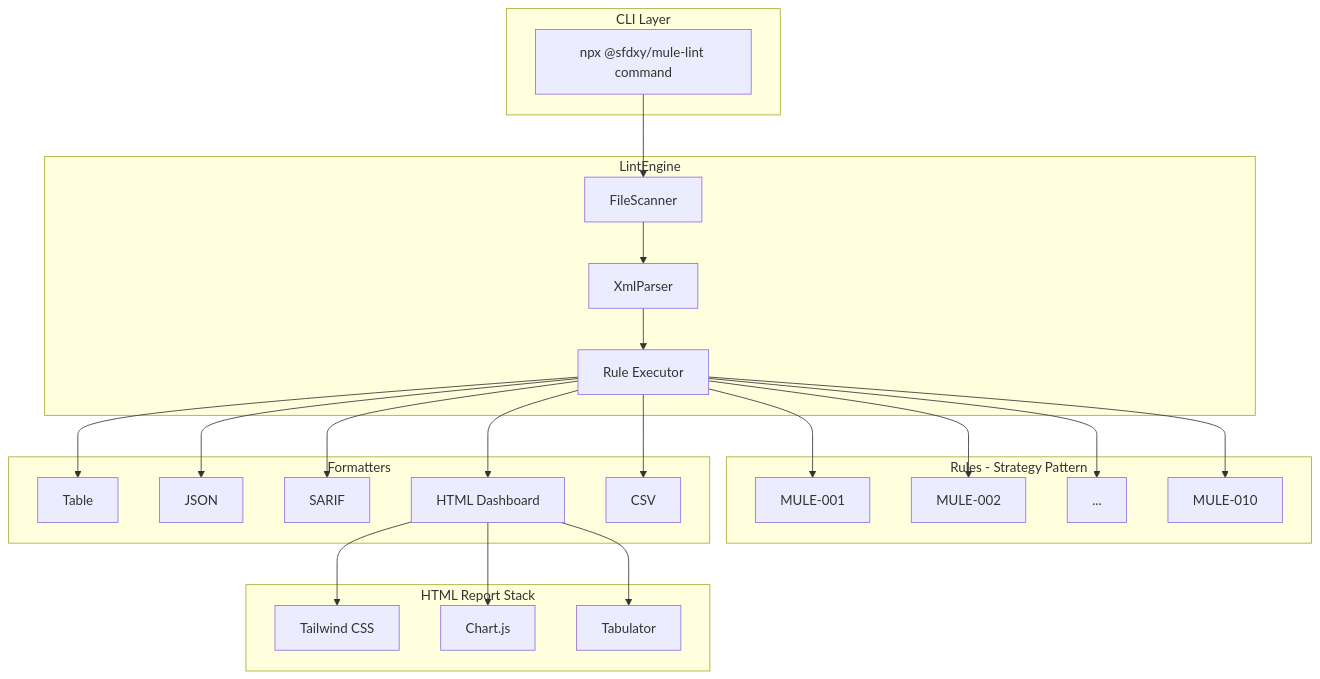
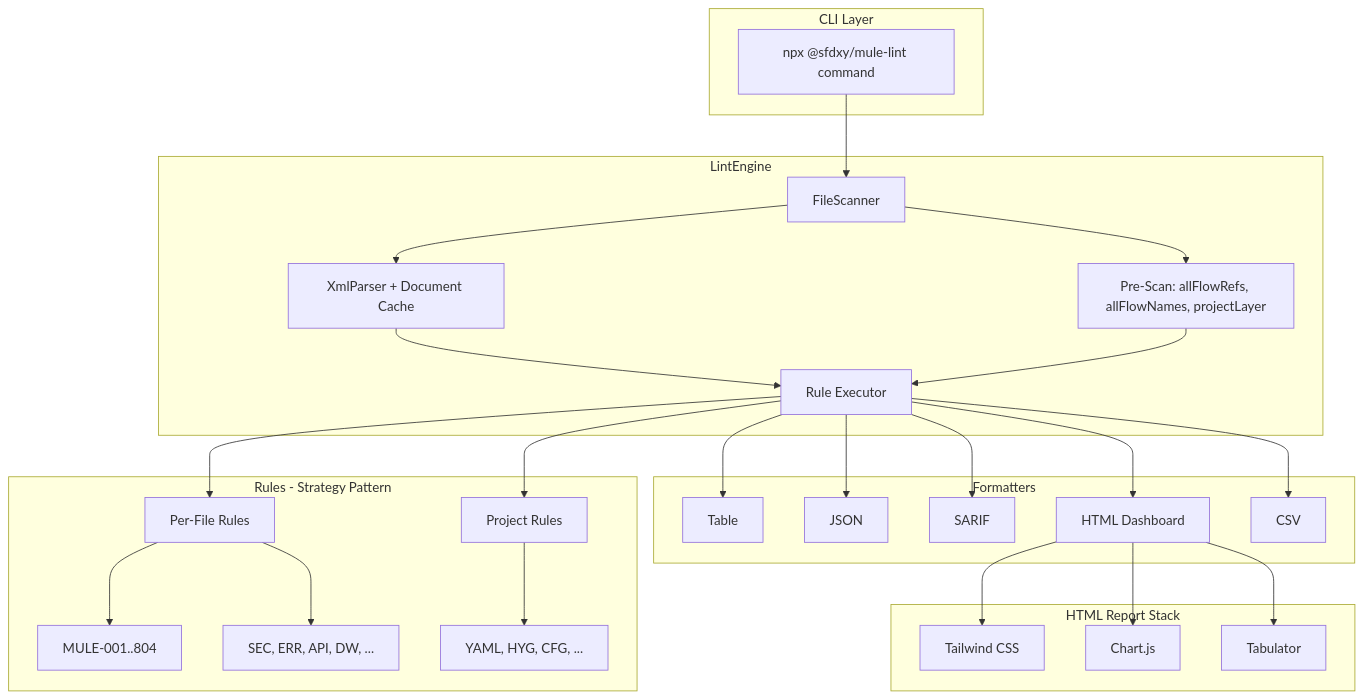
The first of 2 diagrams in README.md (Avinava/mule-lint), drawn with Mermaid before and after one commit. The commit also changed other lines of this file and 4 other files, not shown here.

````diff
--- a/README.md
+++ b/README.md
@@ -40,39 +42,42 @@
 ```mermaid
 flowchart TB
     subgraph CLI["CLI Layer"]
         A[npx @sfdxy/mule-lint command]
     end
 
     subgraph Engine["LintEngine"]
-        B[FileScanner] --> C[XmlParser]
+        B[FileScanner] --> C[XmlParser + Document Cache]
         C --> D[Rule Executor]
+        B --> PreScan[Pre-Scan: allFlowRefs, allFlowNames, projectLayer]
+        PreScan --> D
     end
 
     subgraph Rules["Rules - Strategy Pattern"]
-        D --> E[MULE-001]
-        D --> F[MULE-002]
-        D --> G[...]
-        D --> H[MULE-010]
+        D --> E[Per-File Rules]
+        D --> F[Project Rules]
+        E --> G[MULE-001..804]
+        E --> H[SEC, ERR, API, DW, ...]
+        F --> I2[YAML, HYG, CFG, ...]
     end
 
     subgraph Output["Formatters"]
         I[Table]
         J[JSON]
         K[SARIF]
         L[HTML Dashboard]
         M[CSV]
     end
 
     subgraph HTMLStack["HTML Report Stack"]
         L --> N[Tailwind CSS]
         L --> O[Chart.js]
         L --> P[Tabulator]
     end
 
     A --> B
     D --> I
     D --> J
     D --> K
     D --> L
     D --> M
 ```
````
